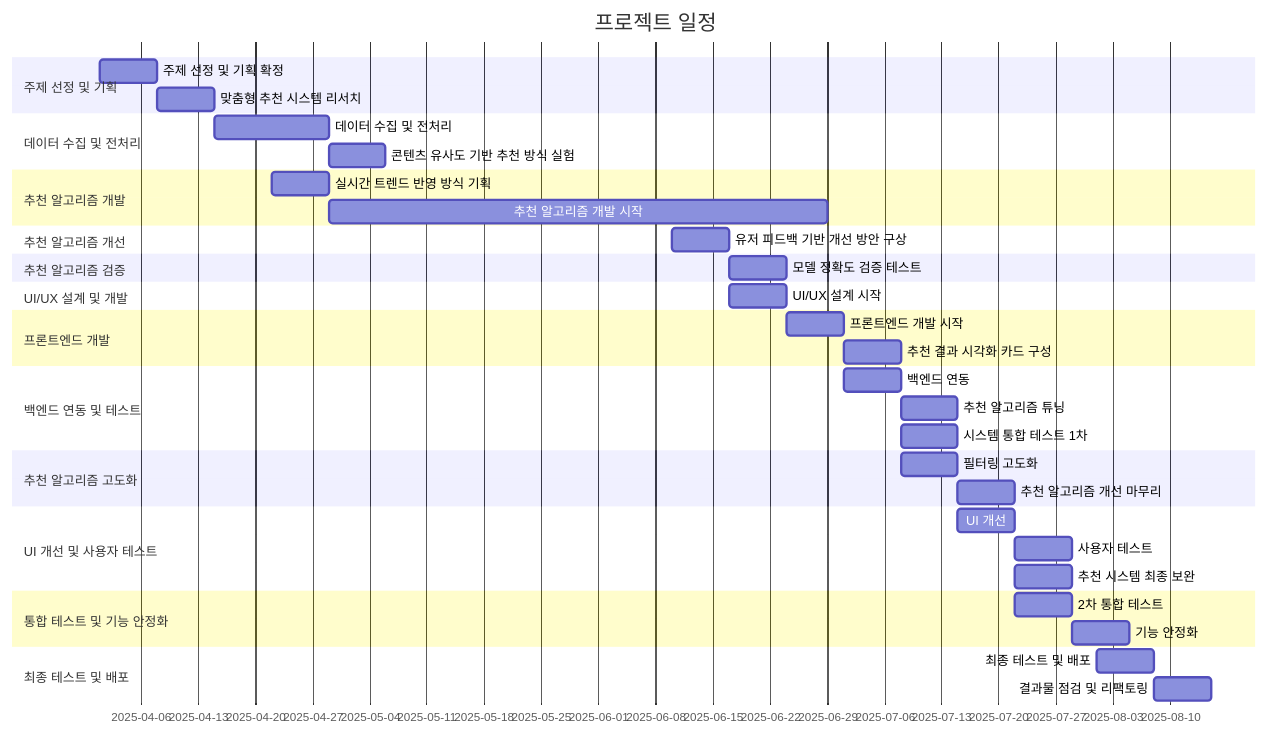
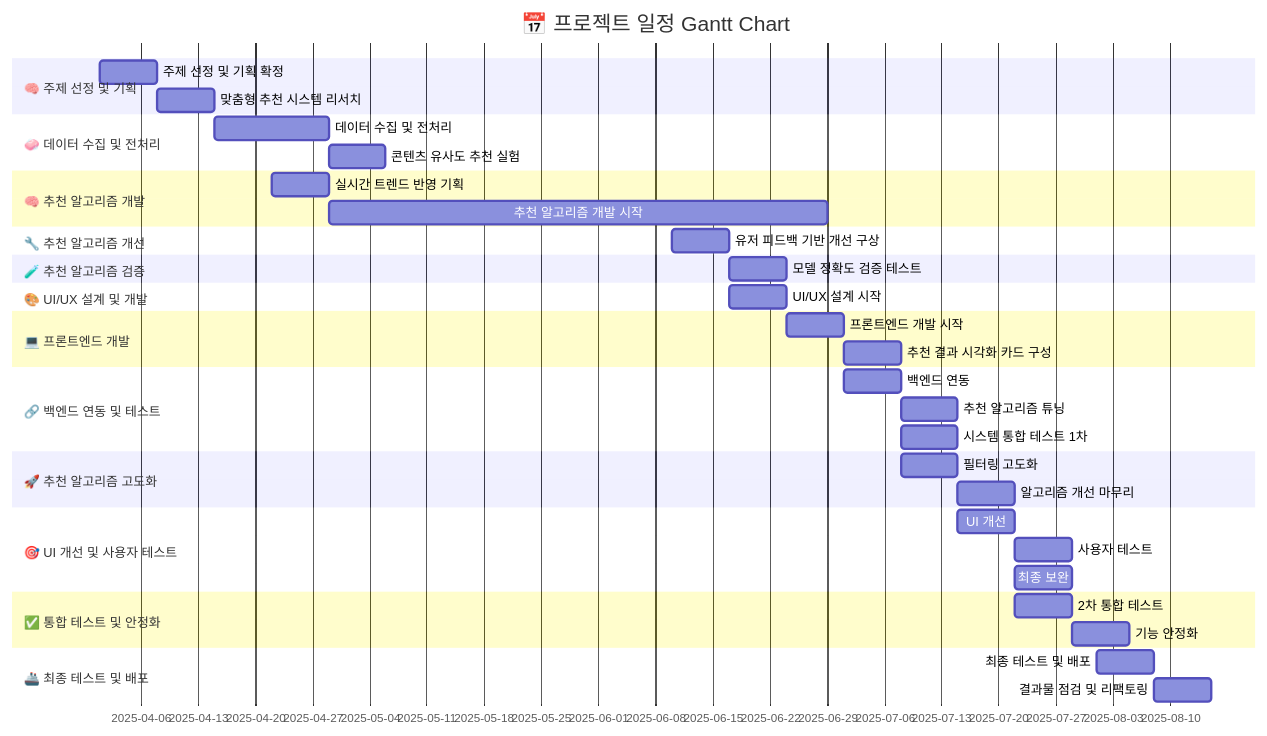
Before and after one commit to whynotsw-camp/wh05-1st-teamC: the diagram in README.md, drawn with Mermaid.

````diff
--- a/README.md
+++ b/README.md
@@ -75,51 +75,53 @@
 ```mermaid
 gantt
-    title 프로젝트 일정
+    title 📅 프로젝트 일정 Gantt Chart
     dateFormat  YYYY-MM-DD
-    section 주제 선정 및 기획
-    주제 선정 및 기획 확정   : a1, 2025-04-01, 7d
-    맞춤형 추천 시스템 리서치 : a2, 2025-04-08, 7d
 
-    section 데이터 수집 및 전처리
-    데이터 수집 및 전처리 : a3, 2025-04-15, 14d
-    콘텐츠 유사도 기반 추천 방식 실험 : a4, 2025-04-29, 7d
+    section 🧠 주제 선정 및 기획
+    주제 선정 및 기획 확정            :a1, 2025-04-01, 7d
+    맞춤형 추천 시스템 리서치        :a2, 2025-04-08, 7d
 
-    section 추천 알고리즘 개발
-    실시간 트렌드 반영 방식 기획 : a5, 2025-04-22, 7d
-    추천 알고리즘 개발 시작 : a6, 2025-04-29, 61d
+    section 🧼 데이터 수집 및 전처리
+    데이터 수집 및 전처리            :a3, 2025-04-15, 14d
+    콘텐츠 유사도 추천 실험         :a4, 2025-04-29, 7d
 
-    section 추천 알고리즘 개선
-    유저 피드백 기반 개선 방안 구상 : a8, 2025-06-10, 7d
+    section 🧠 추천 알고리즘 개발
+    실시간 트렌드 반영 기획         :a5, 2025-04-22, 7d
+    추천 알고리즘 개발 시작         :a6, 2025-04-29, 61d
 
-    section 추천 알고리즘 검증
-    모델 정확도 검증 테스트 : a10, 2025-06-17, 7d
+    section 🔧 추천 알고리즘 개선
+    유저 피드백 기반 개선 구상      :a8, 2025-06-10, 7d
 
-    section UI/UX 설계 및 개발
-    UI/UX 설계 시작 : a11, 2025-06-17, 7d
+    section 🧪 추천 알고리즘 검증
+    모델 정확도 검증 테스트         :a10, 2025-06-17, 7d
 
-    section 프론트엔드 개발
-    프론트엔드 개발 시작 : a13, 2025-06-24, 7d
-    추천 결과 시각화 카드 구성 : a14, 2025-07-01, 7d
+    section 🎨 UI/UX 설계 및 개발
+    UI/UX 설계 시작                :a11, 2025-06-17, 7d
 
-    section 백엔드 연동 및 테스트
-    백엔드 연동 : a15, 2025-07-01, 7d
-    추천 알고리즘 튜닝 : a16, 2025-07-08, 7d
-    시스템 통합 테스트 1차 : a17, 2025-07-08, 7d
+    section 💻 프론트엔드 개발
+    프론트엔드 개발 시작           :a13, 2025-06-24, 7d
+    추천 결과 시각화 카드 구성      :a14, 2025-07-01, 7d
 
-    section 추천 알고리즘 고도화
-    필터링 고도화 : a18, 2025-07-08, 7d
-    추천 알고리즘 개선 마무리 : a19, 2025-07-15, 7d
+    section 🔗 백엔드 연동 및 테스트
+    백엔드 연동                   :a15, 2025-07-01, 7d
+    추천 알고리즘 튜닝             :a16, 2025-07-08, 7d
+    시스템 통합 테스트 1차         :a17, 2025-07-08, 7d
 
-    section UI 개선 및 사용자 테스트
-    UI 개선 : a20, 2025-07-15, 7d
-    사용자 테스트 : a21, 2025-07-22, 7d
-    추천 시스템 최종 보완 : a22, 2025-07-22, 7d
+    section 🚀 추천 알고리즘 고도화
+    필터링 고도화                 :a18, 2025-07-08, 7d
+    알고리즘 개선 마무리           :a19, 2025-07-15, 7d
 
-    section 통합 테스트 및 기능 안정화
-    2차 통합 테스트 : a23, 2025-07-22, 7d
-    기능 안정화 : a24, 2025-07-29, 7d
+    section 🎯 UI 개선 및 사용자 테스트
+    UI 개선                      :a20, 2025-07-15, 7d
+    사용자 테스트                 :a21, 2025-07-22, 7d
+    최종 보완                    :a22, 2025-07-22, 7d
 
-    section 최종 테스트 및 배포
-    최종 테스트 및 배포 : a25, 2025-08-01, 7d
-    결과물 점검 및 리팩토링 : a26, 2025-08-08, 7d
+    section ✅ 통합 테스트 및 안정화
+    2차 통합 테스트               :a23, 2025-07-22, 7d
+    기능 안정화                  :a24, 2025-07-29, 7d
+
+    section 🚢 최종 테스트 및 배포
+    최종 테스트 및 배포           :a25, 2025-08-01, 7d
+    결과물 점검 및 리팩토링        :a26, 2025-08-08, 7d
+
 ```
````
